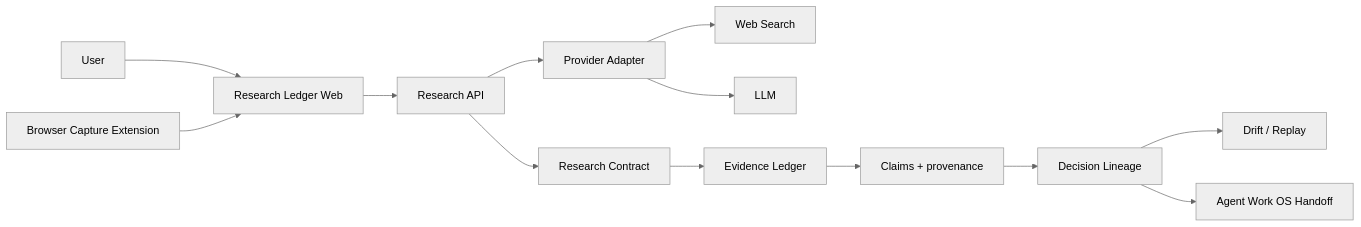
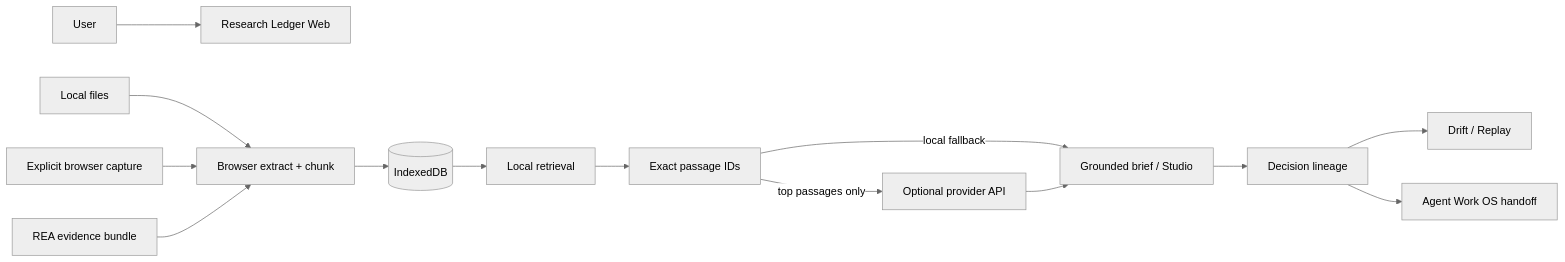
Before and after one commit to rrahul0904/agent-work-os: the diagram in labs/research-ledger/docs/REA_REPORT.md, drawn with Mermaid (neutral theme). The commit also changed other lines of this file and 9 other files, not shown here.

Commit message:
build(research-ledger): converge ResearchBench donor into v0.2

````diff
--- a/labs/research-ledger/docs/REA_REPORT.md
+++ b/labs/research-ledger/docs/REA_REPORT.md
@@ -35,15 +73,16 @@
 ```mermaid
 flowchart LR
   U[User] --> W[Research Ledger Web]
-  B[Browser Capture Extension] --> W
-  W --> API[Research API]
-  API --> P[Provider Adapter]
-  P --> WS[Web Search]
-  P --> LLM[LLM]
-  API --> C[Research Contract]
-  C --> E[Evidence Ledger]
-  E --> CL[Claims + provenance]
-  CL --> D[Decision Lineage]
-  D --> DR[Drift / Replay]
-  D --> H[Agent Work OS Handoff]
+  F[Local files] --> X[Browser extract + chunk]
+  B[Explicit browser capture] --> X
+  R[REA evidence bundle] --> X
+  X --> IDB[(IndexedDB)]
+  IDB --> RET[Local retrieval]
+  RET --> C[Exact passage IDs]
+  C -->|local fallback| G[Grounded brief / Studio]
+  C -->|top passages only| API[Optional provider API]
+  API --> G
+  G --> L[Decision lineage]
+  L --> D[Drift / Replay]
+  L --> H[Agent Work OS handoff]
 ```
````
